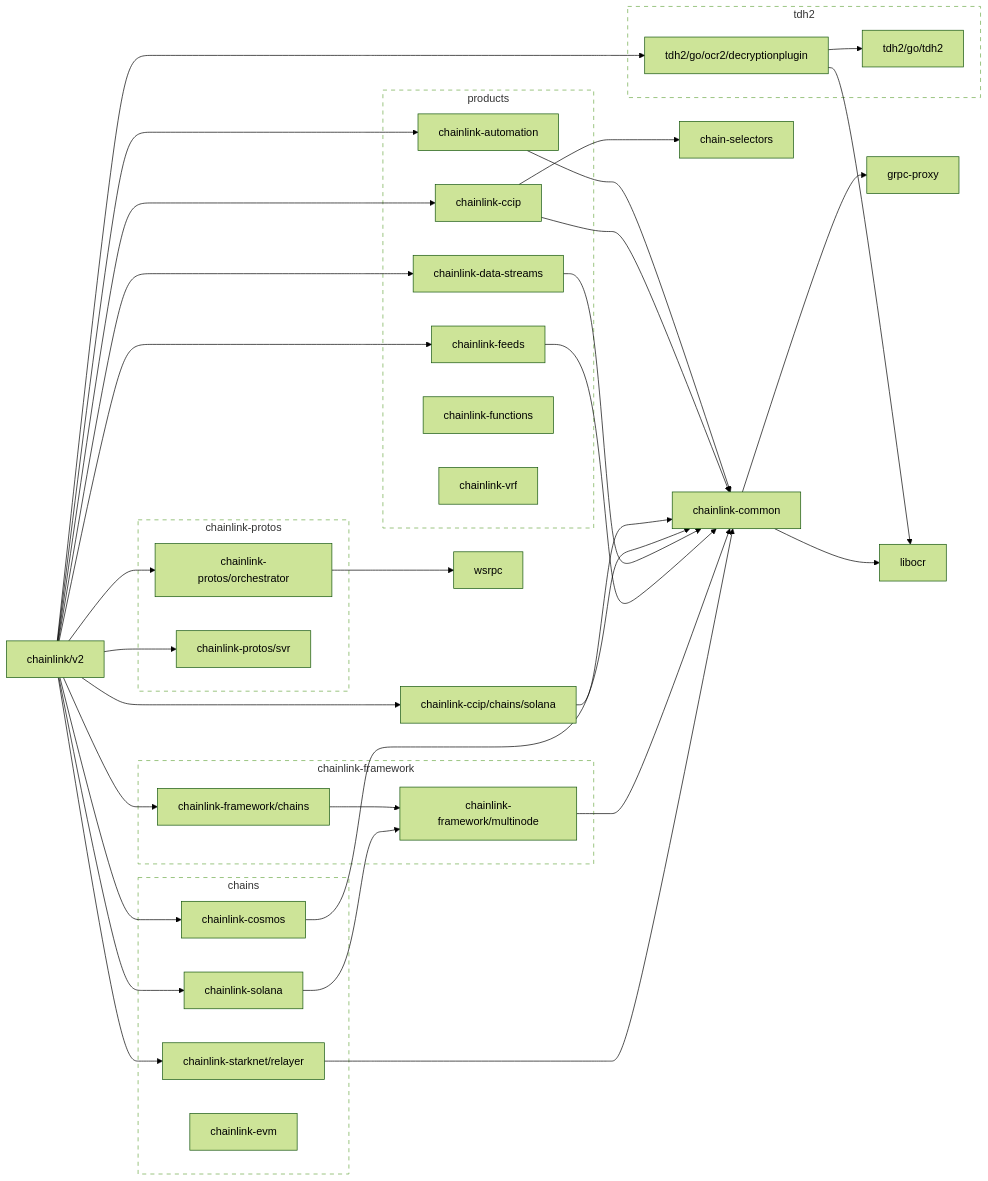
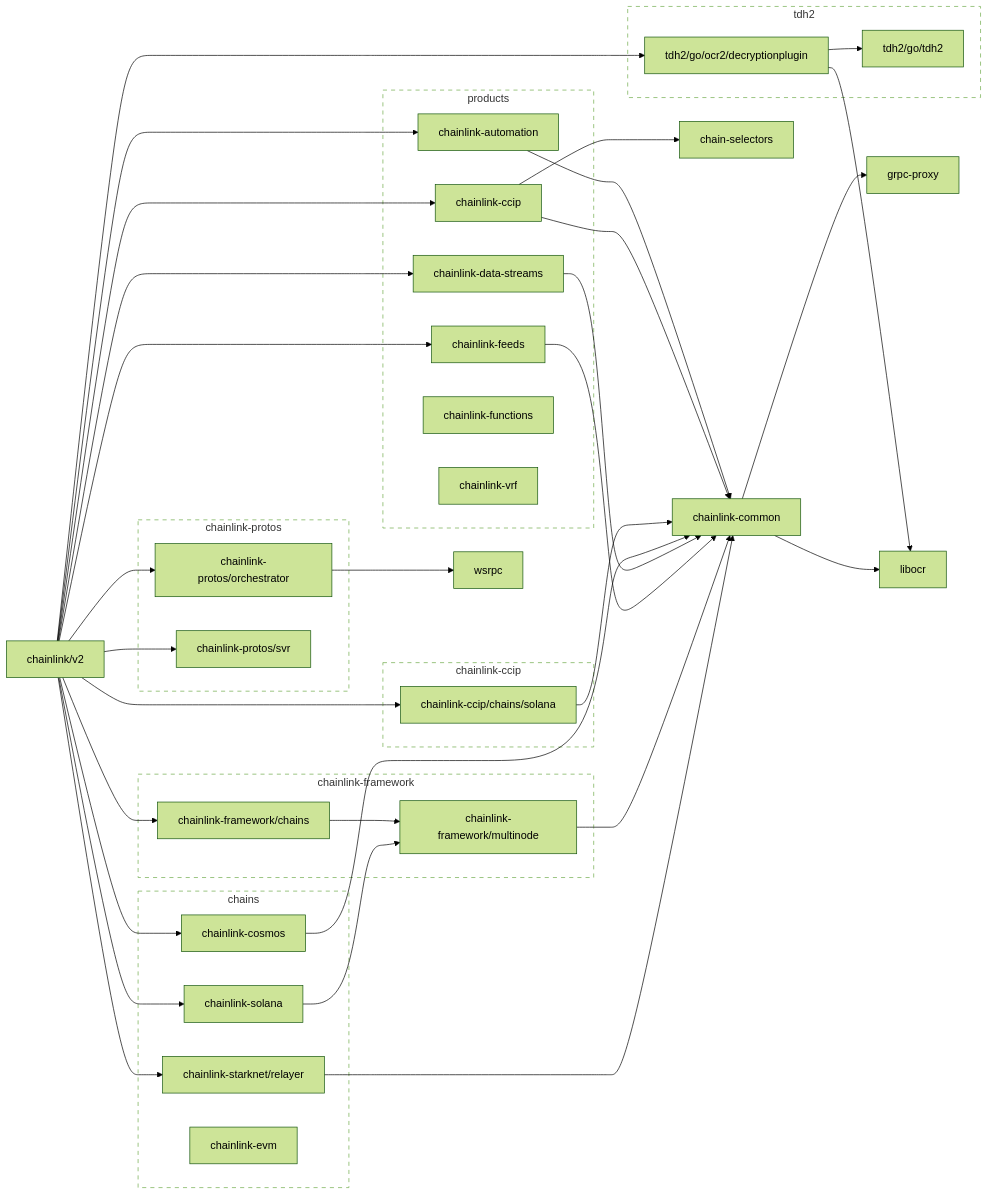
Before and after one commit to smartcontractkit/chainlink: the first of 2 diagrams in go.md, drawn with Mermaid (forest theme).

````diff
--- a/go.md
+++ b/go.md
@@ -76,6 +76,12 @@
 	wsrpc
 	click wsrpc href "https://github.com/smartcontractkit/wsrpc"
 
+	subgraph chainlink-ccip-repo[chainlink-ccip]
+		 chainlink-ccip
+		 chainlink-ccip/chains/solana
+	end
+	click chainlink-ccip-repo href "https://github.com/smartcontractkit/chainlink-ccip"
+
 	subgraph chainlink-framework-repo[chainlink-framework]
 		 chainlink-framework/chains
 		 chainlink-framework/multinode
@@ -95,5 +101,5 @@
 	click tdh2-repo href "https://github.com/smartcontractkit/tdh2"
 
 	classDef outline stroke-dasharray:6,fill:none;
-	class chainlink-framework-repo,chainlink-protos-repo,tdh2-repo outline
+	class chainlink-ccip-repo,chainlink-framework-repo,chainlink-protos-repo,tdh2-repo outline
 ```
````
